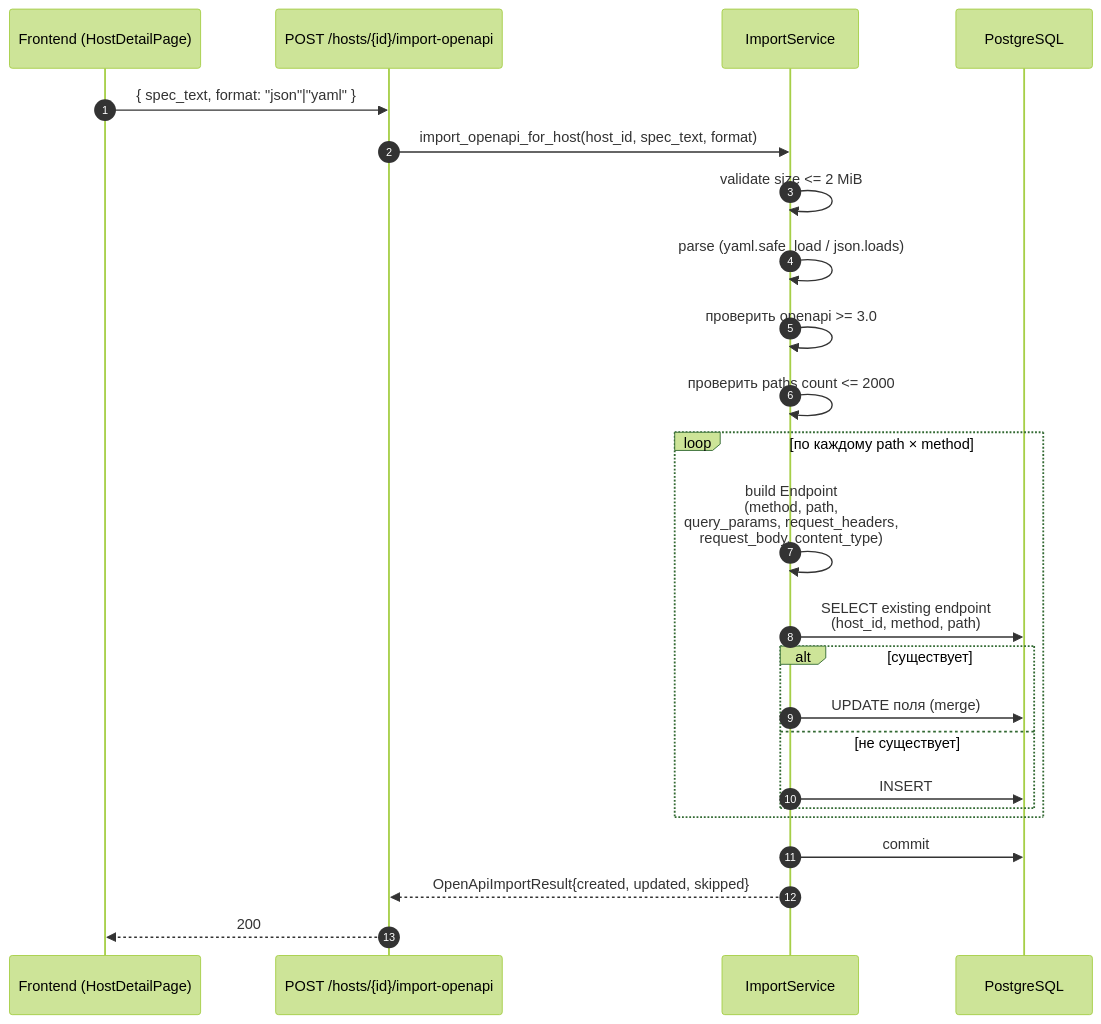
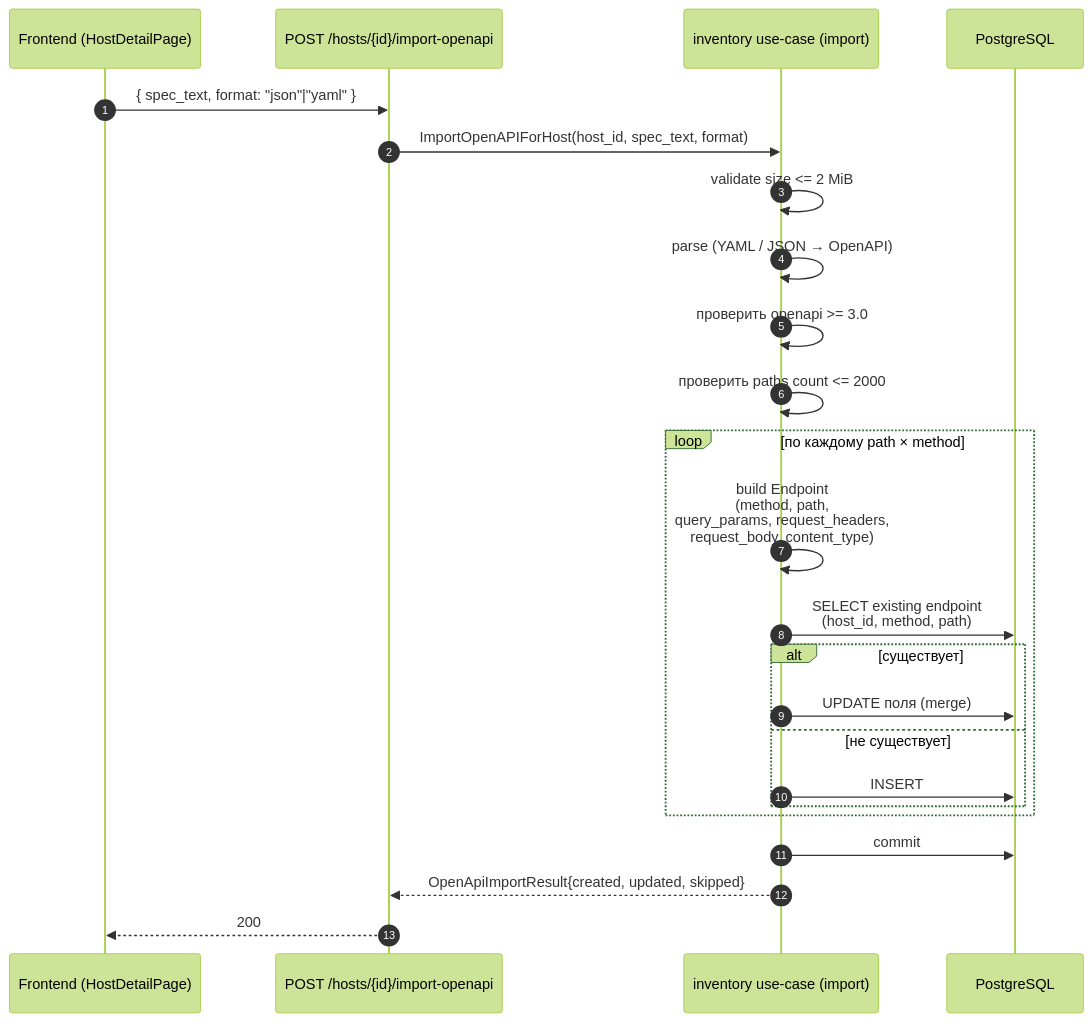
Before and after one commit to nkolomiika/FROST: diagram 17 of 20 in docs/ARCH_DIAGRAMS.md, drawn with Mermaid (forest theme). The commit also changed other lines of this file and 11 other files, not shown here.

````diff
--- a/docs/ARCH_DIAGRAMS.md
+++ b/docs/ARCH_DIAGRAMS.md
@@ -559,27 +545,27 @@
 ```mermaid
 sequenceDiagram
     autonumber
     participant FE as Frontend (HostDetailPage)
     participant R as POST /hosts/{id}/import-openapi
-    participant IS as ImportService
+    participant IS as inventory use-case (import)
     participant DB as PostgreSQL
 
     FE->>R: { spec_text, format: "json"|"yaml" }
-    R->>IS: import_openapi_for_host(host_id, spec_text, format)
+    R->>IS: ImportOpenAPIForHost(host_id, spec_text, format)
     IS->>IS: validate size <= 2 MiB
-    IS->>IS: parse (yaml.safe_load / json.loads)
+    IS->>IS: parse (YAML / JSON → OpenAPI)
     IS->>IS: проверить openapi >= 3.0
     IS->>IS: проверить paths count <= 2000
     loop по каждому path × method
         IS->>IS: build Endpoint<br/>(method, path,<br/>query_params, request_headers,<br/>request_body, content_type)
         IS->>DB: SELECT existing endpoint<br/>(host_id, method, path)
         alt существует
             IS->>DB: UPDATE поля (merge)
         else не существует
             IS->>DB: INSERT
         end
     end
     IS->>DB: commit
     IS-->>R: OpenApiImportResult{created, updated, skipped}
     R-->>FE: 200
 ```
````
